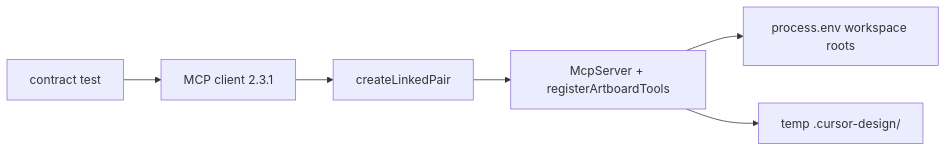
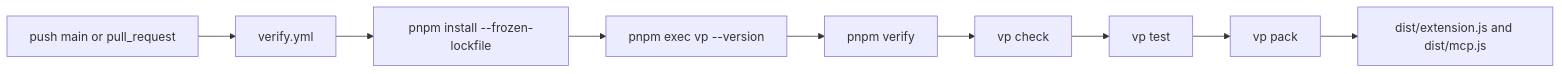
Before and after one commit to MarekBombera/cursor-design-extension: the first of 2 diagrams in blueprint/context/current-feature-overview.md, drawn with Mermaid. The commit also changed other lines of this file and 6 other files, not shown here.

First line of the commit message:
feat: add pnpm verify and GitHub Verify workflow

````diff
--- a/blueprint/context/current-feature-overview.md
+++ b/blueprint/context/current-feature-overview.md
@@ -18,8 +20,11 @@
 ```mermaid
 flowchart LR
-  TEST["contract test"] --> CLIENT["MCP client 2.3.1"]
-  CLIENT --> MEM["createLinkedPair"]
-  MEM --> SRV["McpServer + registerArtboardTools"]
-  SRV --> ENV["process.env workspace roots"]
-  SRV --> DISK["temp .cursor-design/"]
+  trigger["push main or pull_request"] --> wf["verify.yml"]
+  wf --> install["pnpm install --frozen-lockfile"]
+  install --> prove["pnpm exec vp --version"]
+  prove --> verify["pnpm verify"]
+  verify --> check["vp check"]
+  check --> test["vp test"]
+  test --> pack["vp pack"]
+  pack --> dist["dist/extension.js and dist/mcp.js"]
 ```
````
